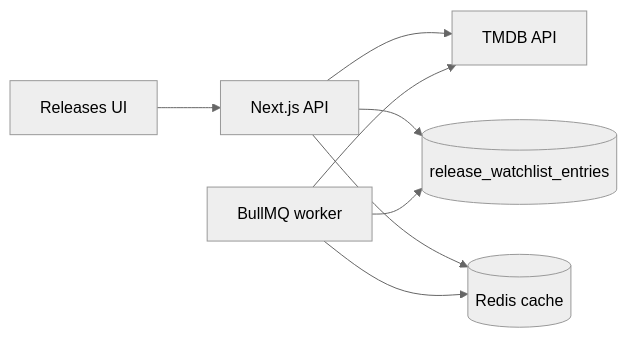
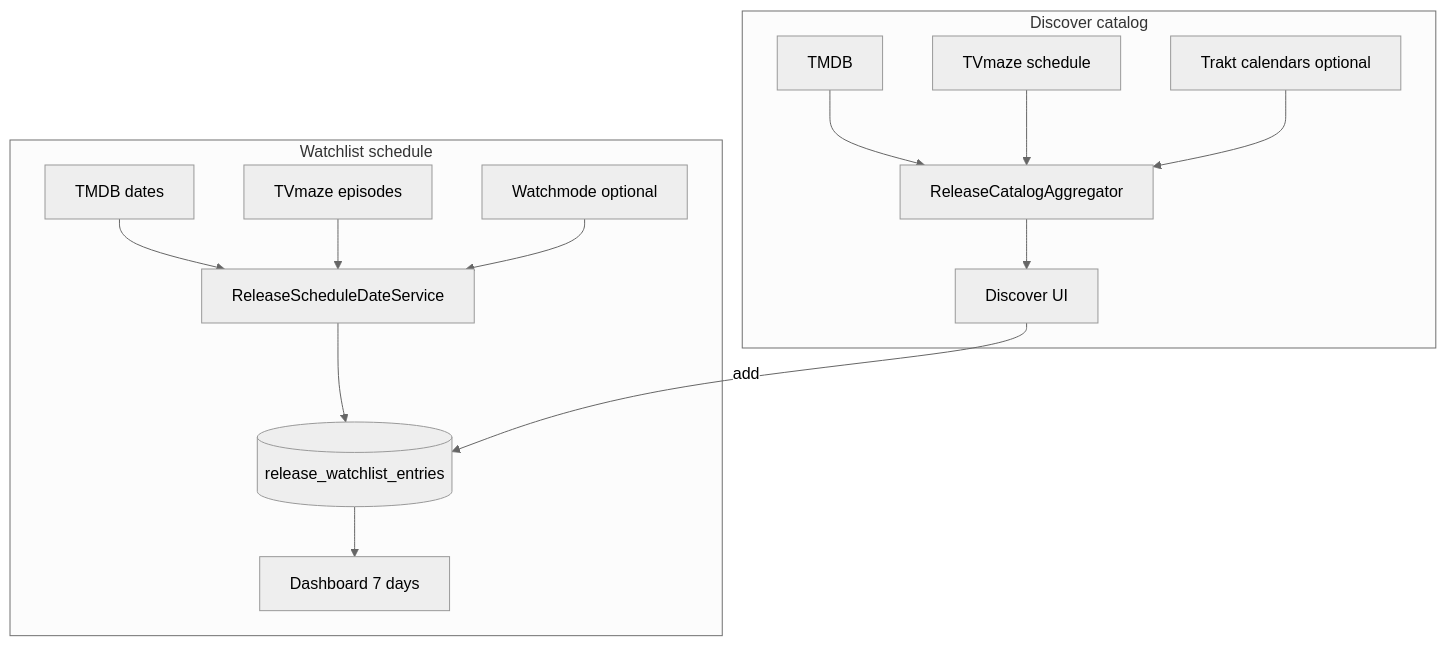
Before and after one commit to denis-ershov/anisync: the diagram in docs/modules/RELEASES_ARCHITECTURE.md, drawn with Mermaid (neutral theme). The commit also changed other lines of this file and 26 other files, not shown here.

````diff
--- a/docs/modules/RELEASES_ARCHITECTURE.md
+++ b/docs/modules/RELEASES_ARCHITECTURE.md
@@ -61,10 +38,26 @@
 ```mermaid
-flowchart LR
-  UI[Releases UI] --> API[Next.js API]
-  API --> TMDB[TMDB API]
-  API --> PG[(release_watchlist_entries)]
-  API --> Redis[(Redis cache)]
-  Worker[BullMQ worker] --> TMDB
-  Worker --> Redis
-  Worker --> PG
+flowchart TB
+  subgraph catalog [Discover catalog]
+    TMDB[TMDB]
+    TVMAZE[TVmaze schedule]
+    TRAKT[Trakt calendars optional]
+    AGG[ReleaseCatalogAggregator]
+    TMDB --> AGG
+    TVMAZE --> AGG
+    TRAKT --> AGG
+    AGG --> Discover[Discover UI]
+  end
+  subgraph schedule [Watchlist schedule]
+    SDS[ReleaseScheduleDateService]
+    TMDB2[TMDB dates]
+    TVMAZE2[TVmaze episodes]
+    WM[Watchmode optional]
+    WL[(release_watchlist_entries)]
+    TMDB2 --> SDS
+    TVMAZE2 --> SDS
+    WM --> SDS
+    SDS --> WL
+    WL --> Dash[Dashboard 7 days]
+  end
+  Discover -->|add| WL
 ```
````
